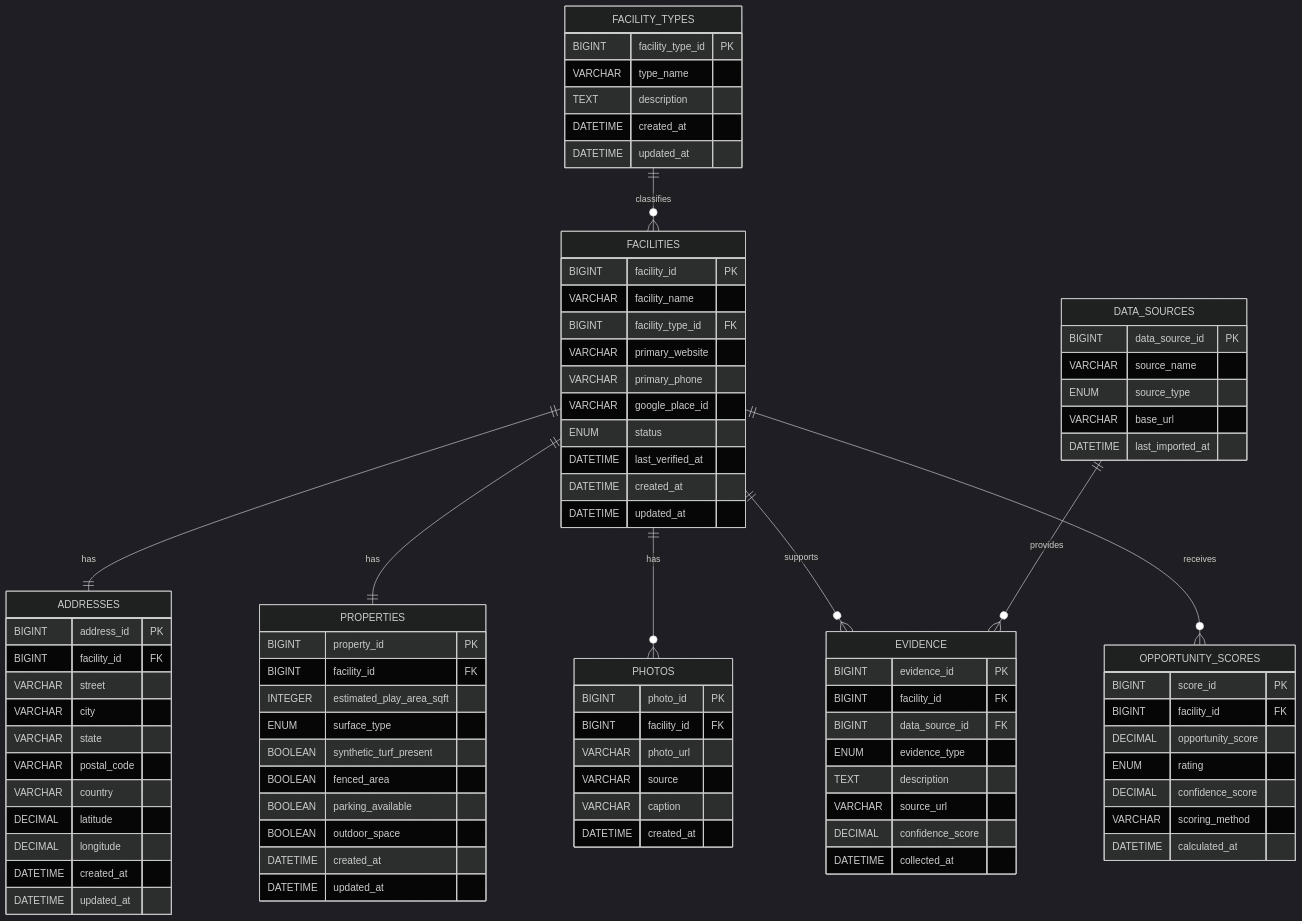
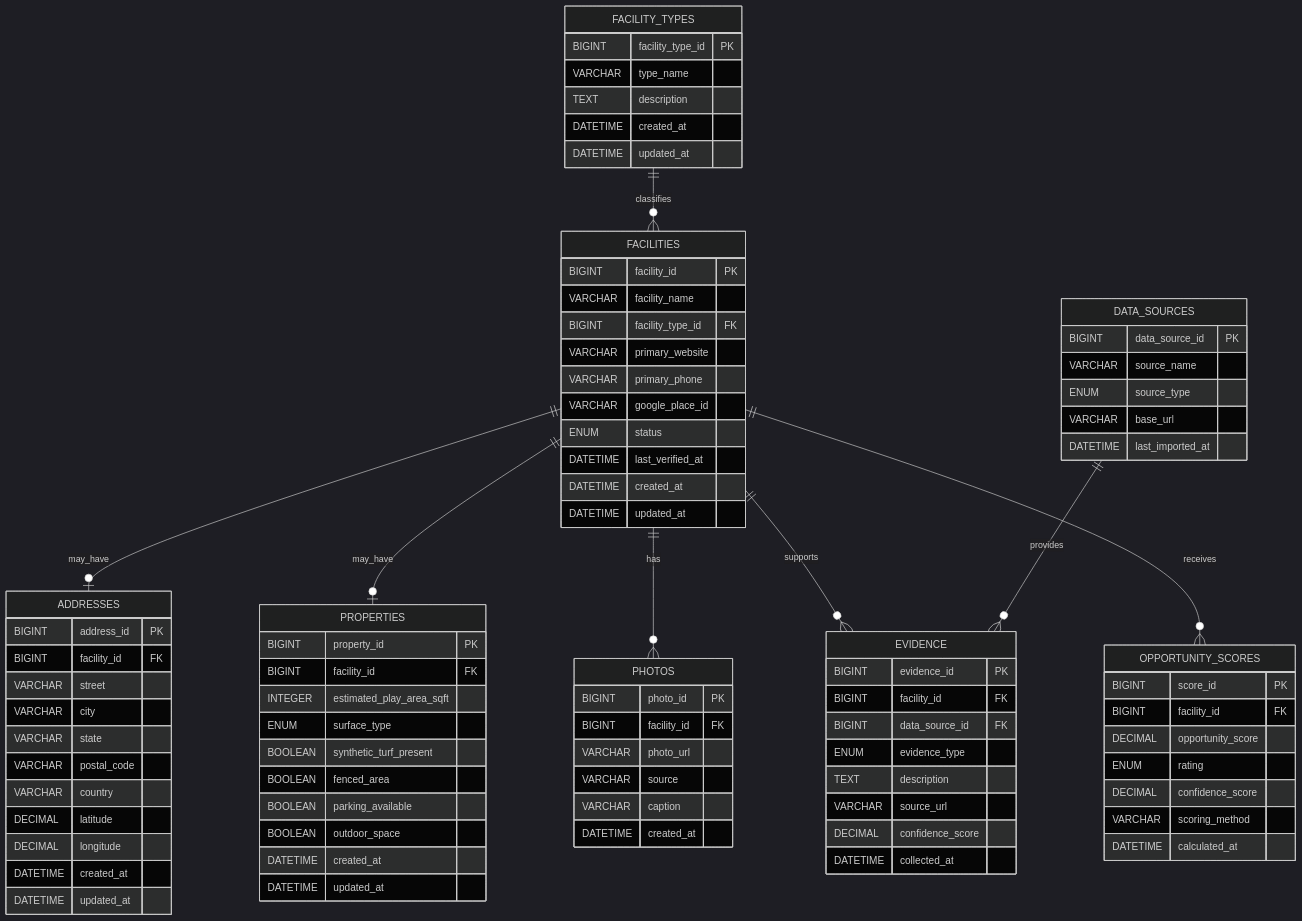
One commit to Melkang/turf-facility-finder changed the diagram in docs/06-database-entity-relationship-diagram.md. Above: the diagram before and after it, drawn with Mermaid (dark theme). The commit also changed other lines of this file and 5 other files, not shown here.

````diff
--- a/docs/06-database-entity-relationship-diagram.md
+++ b/docs/06-database-entity-relationship-diagram.md
@@ -95,8 +95,8 @@
 ```mermaid
 erDiagram
     FACILITY_TYPES ||--o{ FACILITIES : classifies
-    FACILITIES ||--|| ADDRESSES : has
-    FACILITIES ||--|| PROPERTIES : has
+    FACILITIES ||--o| ADDRESSES : may_have
+    FACILITIES ||--o| PROPERTIES : may_have
     FACILITIES ||--o{ PHOTOS : has
     FACILITIES ||--o{ EVIDENCE : supports
     DATA_SOURCES ||--o{ EVIDENCE : provides
````
